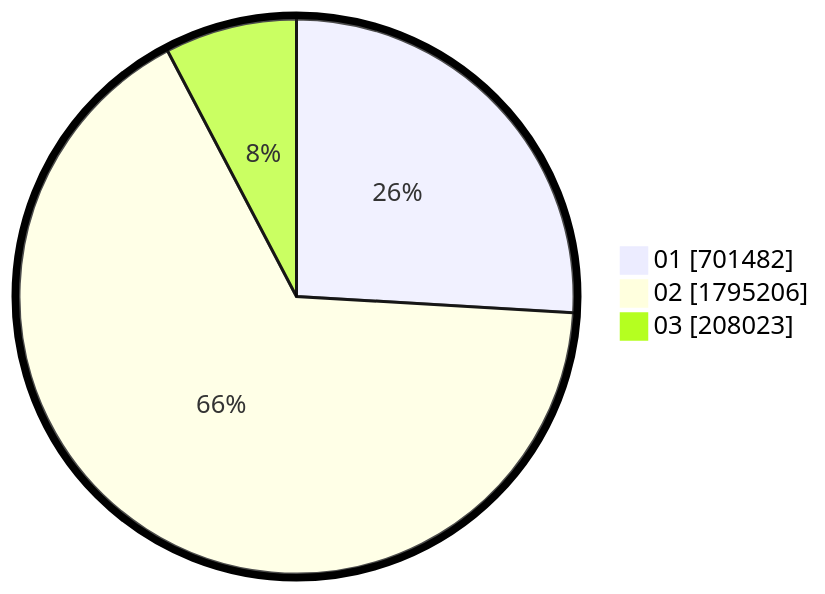
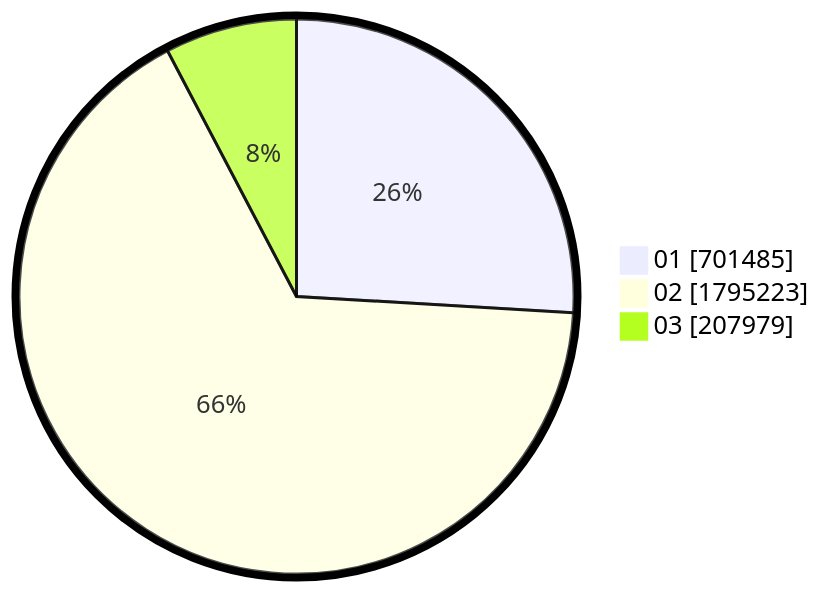
One commit to gigit-pemilu/pemilu-2024 changed the second of 2 diagrams in pilpres/hitung-suara/sub/table-wilayah-52.md. Above: the diagram before and after it, drawn with Mermaid. The commit also changed other lines of this file and 11 other files, not shown here.

````diff
--- a/pilpres/hitung-suara/sub/table-wilayah-52.md
+++ b/pilpres/hitung-suara/sub/table-wilayah-52.md
@@ -15,7 +15,7 @@
 ```mermaid
 %%{init: {"pie": {"textPosition": 0.5}, "themeVariables": {"pieOuterStrokeWidth": "5px"}} }%%
 pie showData
-    "01" : 701482
-    "02" : 1795206
-    "03" : 208023
+    "01" : 701485
+    "02" : 1795223
+    "03" : 207979
 ```
````
